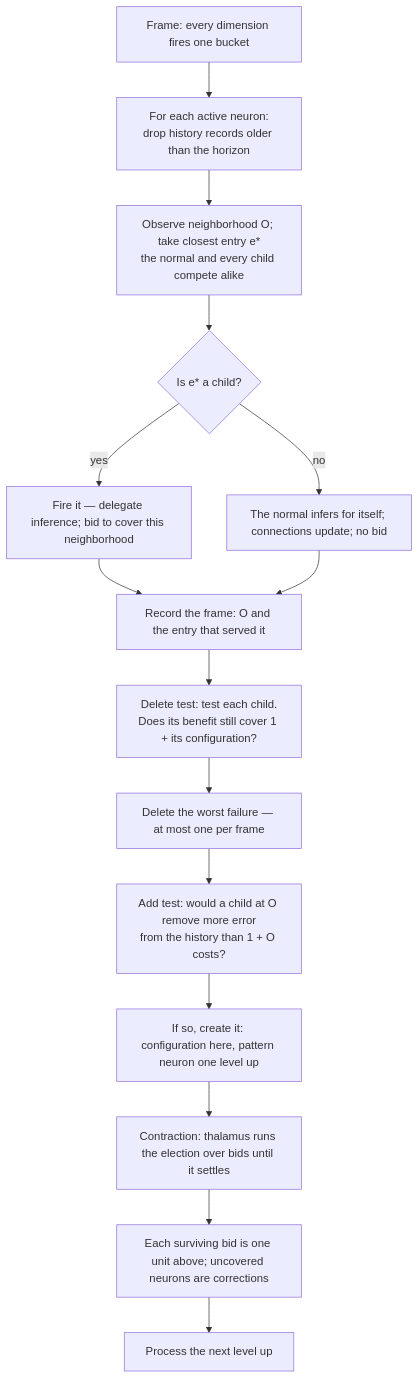
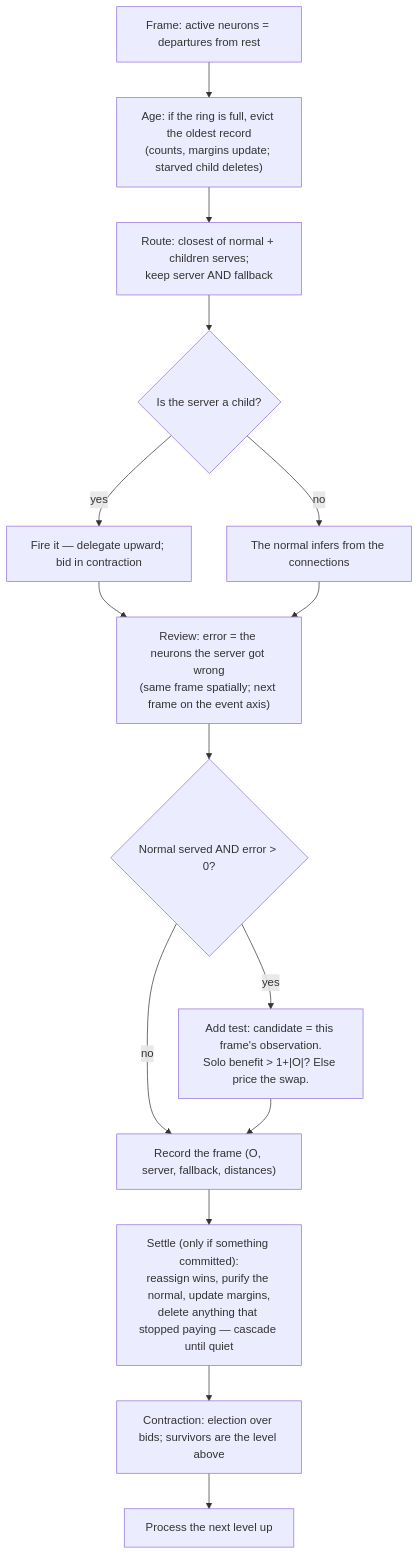
The diagram in docs/algorithm.md (cucar/robot_brain), drawn with Mermaid before and after one commit. The commit also changed other lines of this file, not shown here.

````diff
--- a/docs/algorithm.md
+++ b/docs/algorithm.md
@@ -545,17 +573,17 @@
 ```mermaid
 flowchart TD
-    A["Frame: every dimension fires one bucket"] --> B["For each active neuron:<br/>drop history records older than the horizon"]
-    B --> C["Observe neighborhood O; take closest entry e*<br/>the normal and every child compete alike"]
-    C --> D{"Is e* a child?"}
-    D -->|yes| E["Fire it — delegate inference; bid to cover this neighborhood"]
-    D -->|no| F["The normal infers for itself; connections update; no bid"]
-    E --> G["Record the frame: O and the entry that served it"]
+    A["Frame: active neurons = departures from rest"] --> B["Age: if the ring is full, evict the oldest record<br/>(counts, margins update; starved child deletes)"]
+    B --> C["Route: closest of normal + children serves;<br/>keep server AND fallback"]
+    C --> D{"Is the server a child?"}
+    D -->|yes| E["Fire it — delegate upward; bid in contraction"]
+    D -->|no| F["The normal infers from the connections"]
+    E --> G["Review: error = the neurons the server got wrong<br/>(same frame spatially; next frame on the event axis)"]
     F --> G
-    G --> H["Delete test: test each child.<br/>Does its benefit still cover 1 + its configuration?"]
-    H --> I["Delete the worst failure — at most one per frame"]
-    I --> J["Add test: would a child at O remove more error<br/>from the history than 1 + O costs?"]
-    J --> K["If so, create it: configuration here, pattern neuron one level up"]
-    K --> L["Contraction: thalamus runs the election over bids until it settles"]
-    L --> M["Each surviving bid is one unit above; uncovered neurons are corrections"]
-    M --> N["Process the next level up"]
+    G --> H{"Normal served AND error > 0?"}
+    H -->|yes| I["Add test: candidate = this frame's observation.<br/>Solo benefit > 1+|O|? Else price the swap."]
+    H -->|no| J["Record the frame (O, server, fallback, distances)"]
+    I --> J
+    J --> K["Settle (only if something committed):<br/>reassign wins, purify the normal, update margins,<br/>delete anything that stopped paying — cascade until quiet"]
+    K --> L["Contraction: election over bids; survivors are the level above"]
+    L --> M["Process the next level up"]
 ```
````
